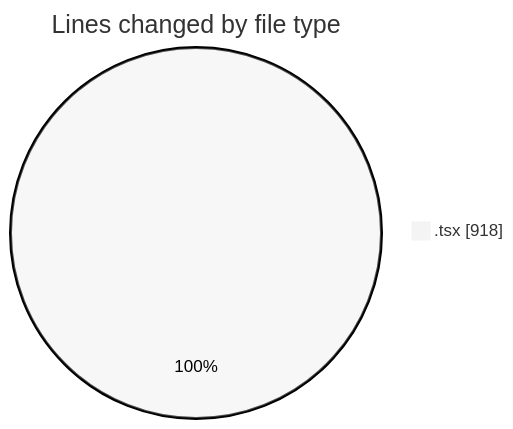
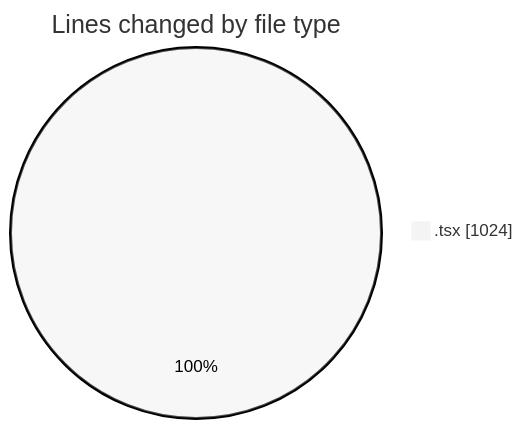
One commit to nxtqubesakshisongat/code-tracking changed the first of 2 diagrams in 2026-03-18/nxtqube_webapp/README.md. Above: the diagram before and after it, drawn with Mermaid (neutral theme). The commit also changed other lines of this file and 1 other file, not shown here.

````diff
--- a/2026-03-18/nxtqube_webapp/README.md
+++ b/2026-03-18/nxtqube_webapp/README.md
@@ -22,5 +22,5 @@
 ```mermaid
 pie showData
 title Lines changed by file type
-".tsx" : 918
+".tsx" : 1024
 ```
````
